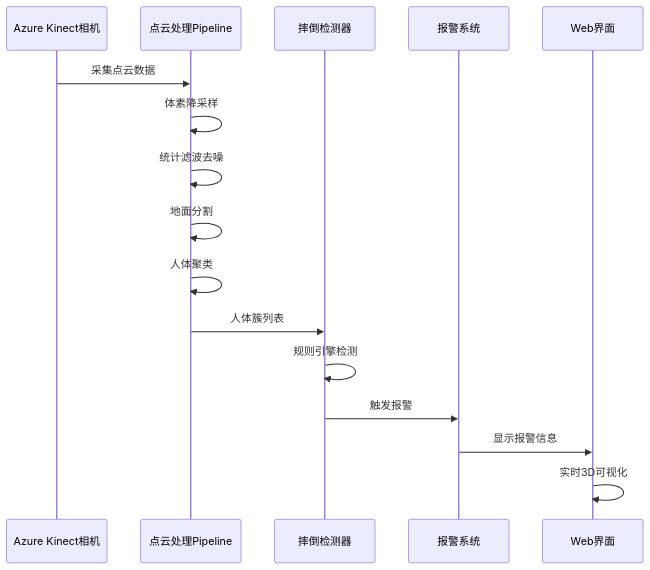
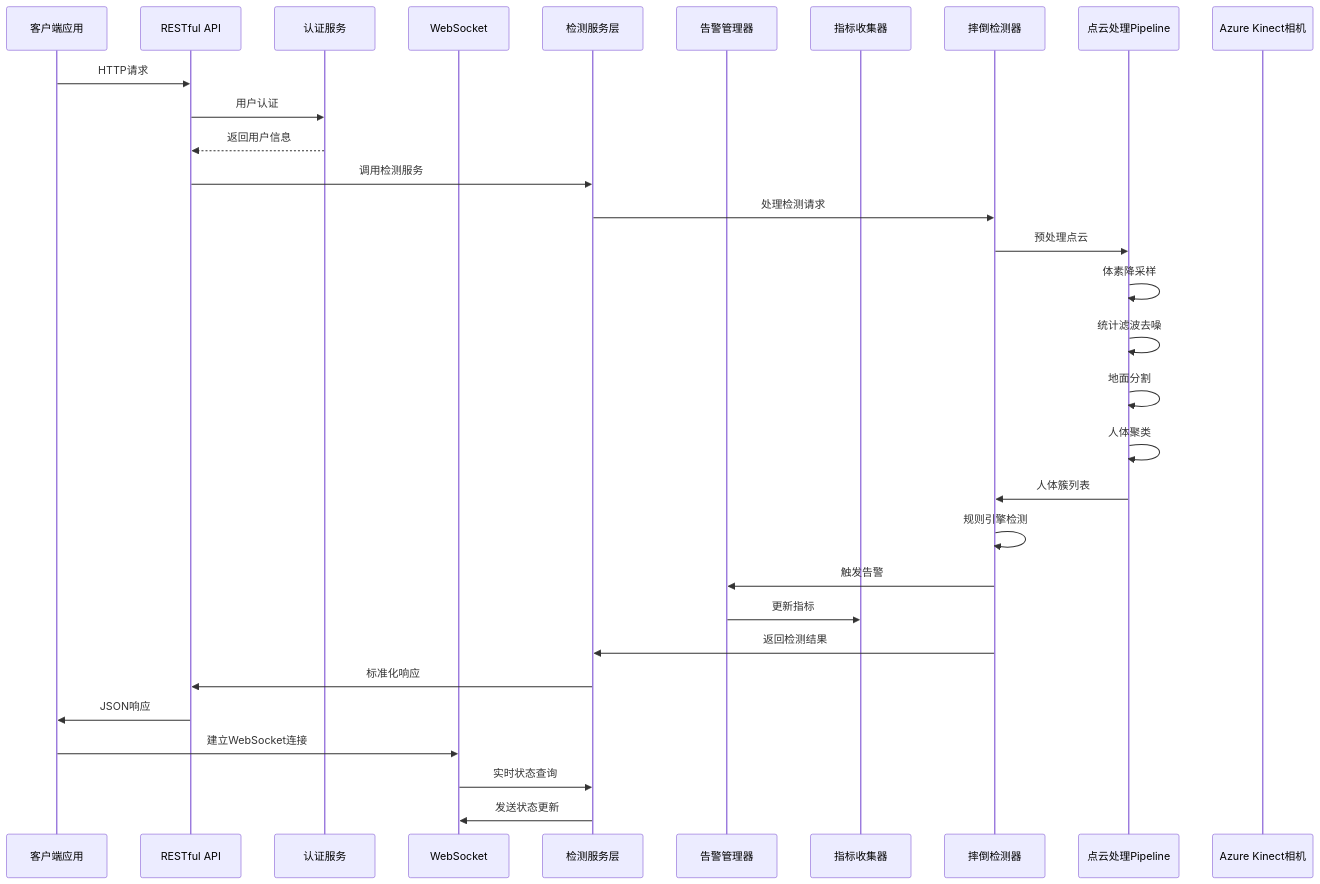
The second of 6 diagrams in .qoder/repowiki/zh/content/API参考文档/API参考文档.md (nanfeng2021/fall-detection-system), drawn with Mermaid before and after one commit. The commit also changed other lines of this file and 16 other files, not shown here.

````diff
--- a/.qoder/repowiki/zh/content/API参考文档/API参考文档.md
+++ b/.qoder/repowiki/zh/content/API参考文档/API参考文档.md
@@ -147,18 +223,33 @@
 ```mermaid
 sequenceDiagram
+participant Client as 客户端应用
+participant API as RESTful API
+participant Auth as 认证服务
+participant WebSocket as WebSocket
+participant DetectionService as 检测服务层
+participant Alerter as 告警管理器
+participant Metrics as 指标收集器
+participant Detector as 摔倒检测器
+participant Pipeline as 点云处理Pipeline
 participant Camera as Azure Kinect相机
-participant Pipeline as 点云处理Pipeline
-participant Detector as 摔倒检测器
-participant Alert as 报警系统
-participant UI as Web界面
-Camera->>Pipeline : 采集点云数据
+Client->>API : HTTP请求
+API->>Auth : 用户认证
+Auth-->>API : 返回用户信息
+API->>DetectionService : 调用检测服务
+DetectionService->>Detector : 处理检测请求
+Detector->>Pipeline : 预处理点云
 Pipeline->>Pipeline : 体素降采样
 Pipeline->>Pipeline : 统计滤波去噪
 Pipeline->>Pipeline : 地面分割
 Pipeline->>Pipeline : 人体聚类
 Pipeline->>Detector : 人体簇列表
 Detector->>Detector : 规则引擎检测
-Detector->>Alert : 触发报警
-Alert->>UI : 显示报警信息
-UI->>UI : 实时3D可视化
+Detector->>Alerter : 触发告警
+Alerter->>Metrics : 更新指标
+Detector->>DetectionService : 返回检测结果
+DetectionService->>API : 标准化响应
+API->>Client : JSON响应
+Client->>WebSocket : 建立WebSocket连接
+WebSocket->>DetectionService : 实时状态查询
+DetectionService->>WebSocket : 发送状态更新
 ```
````
